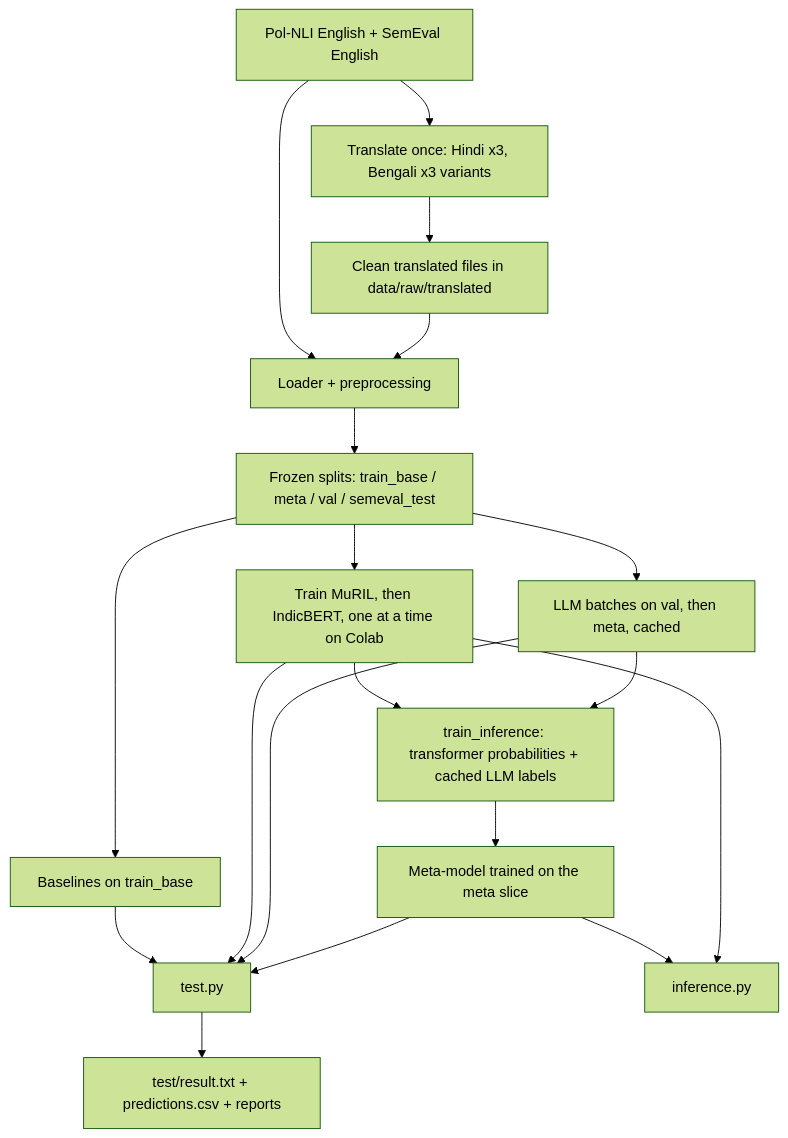
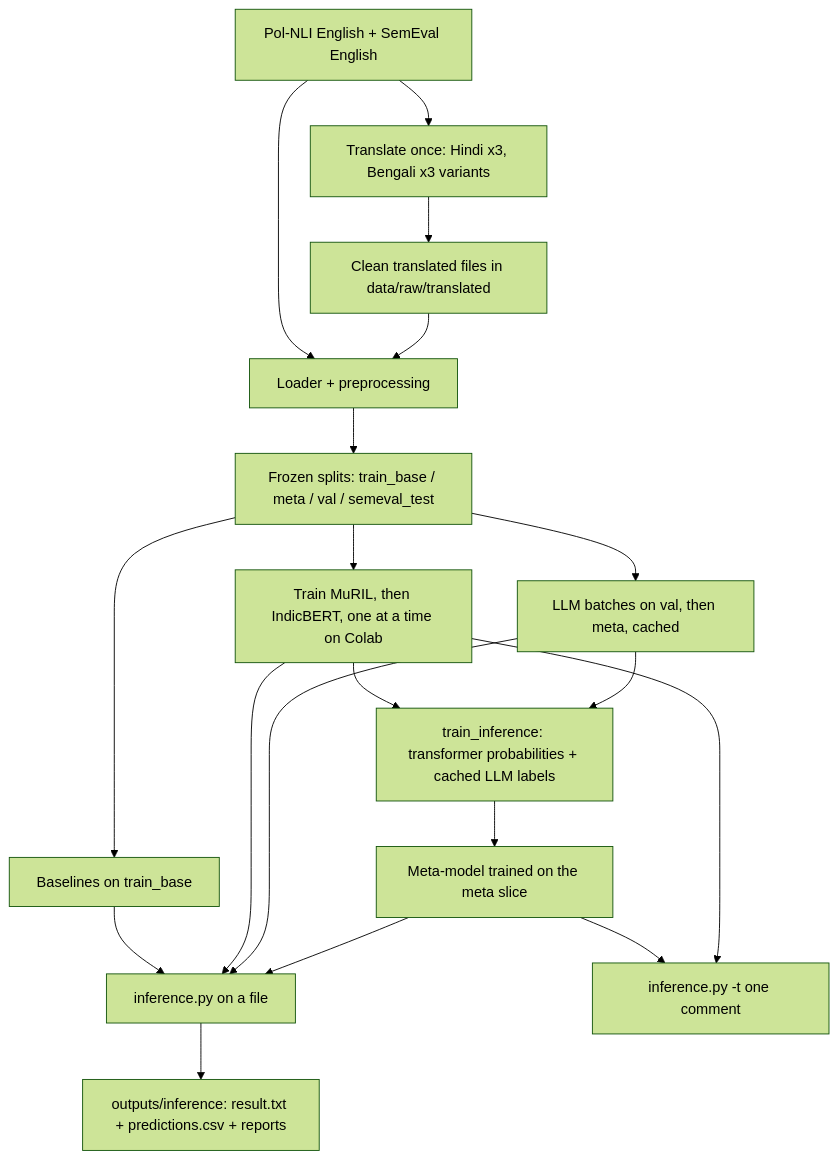
Before and after one commit to harshitagr42/EcoConsensus: the first of 4 diagrams in docs/APP_FLOW.md, drawn with Mermaid (forest theme). The commit also changed other lines of this file and 25 other files, not shown here.

First line of the commit message:
Merge test.py into inference.py; read test data from data/test/

````diff
--- a/docs/APP_FLOW.md
+++ b/docs/APP_FLOW.md
@@ -22,21 +22,21 @@
 ```mermaid
 flowchart TD
     A[Pol-NLI English + SemEval English] --> B[Translate once: Hindi x3, Bengali x3 variants]
     B --> C[Clean translated files in data/raw/translated]
     A --> D[Loader + preprocessing]
     C --> D
     D --> E[Frozen splits: train_base / meta / val / semeval_test]
     E --> F[Baselines on train_base]
     E --> G[Train MuRIL, then IndicBERT, one at a time on Colab]
     E --> H[LLM batches on val, then meta, cached]
     G --> I[train_inference: transformer probabilities + cached LLM labels]
     H --> I
     I --> J[Meta-model trained on the meta slice]
-    F --> K[test.py]
+    F --> K[inference.py on a file]
     G --> K
     H --> K
     J --> K
-    K --> L[test/result.txt + predictions.csv + reports]
-    J --> M[inference.py]
+    K --> L[outputs/inference: result.txt + predictions.csv + reports]
+    J --> M[inference.py -t one comment]
     G --> M
 ```
````
